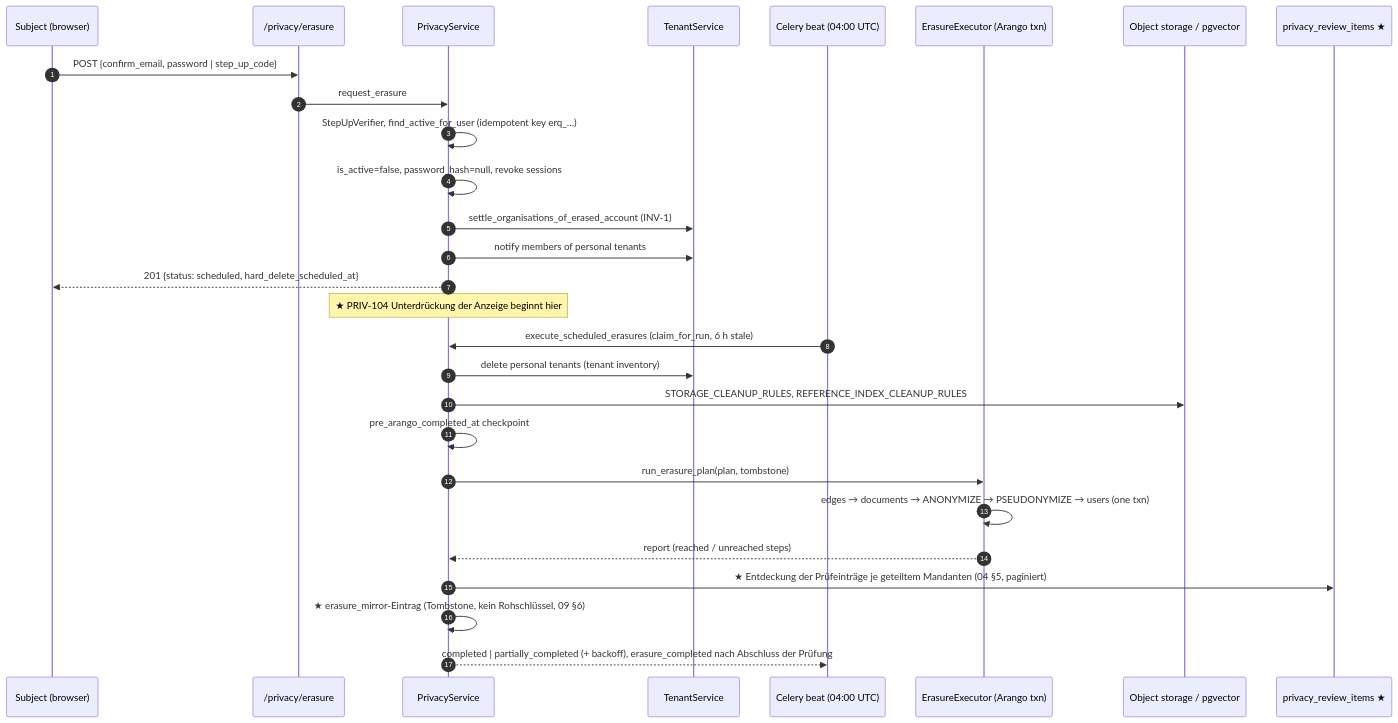
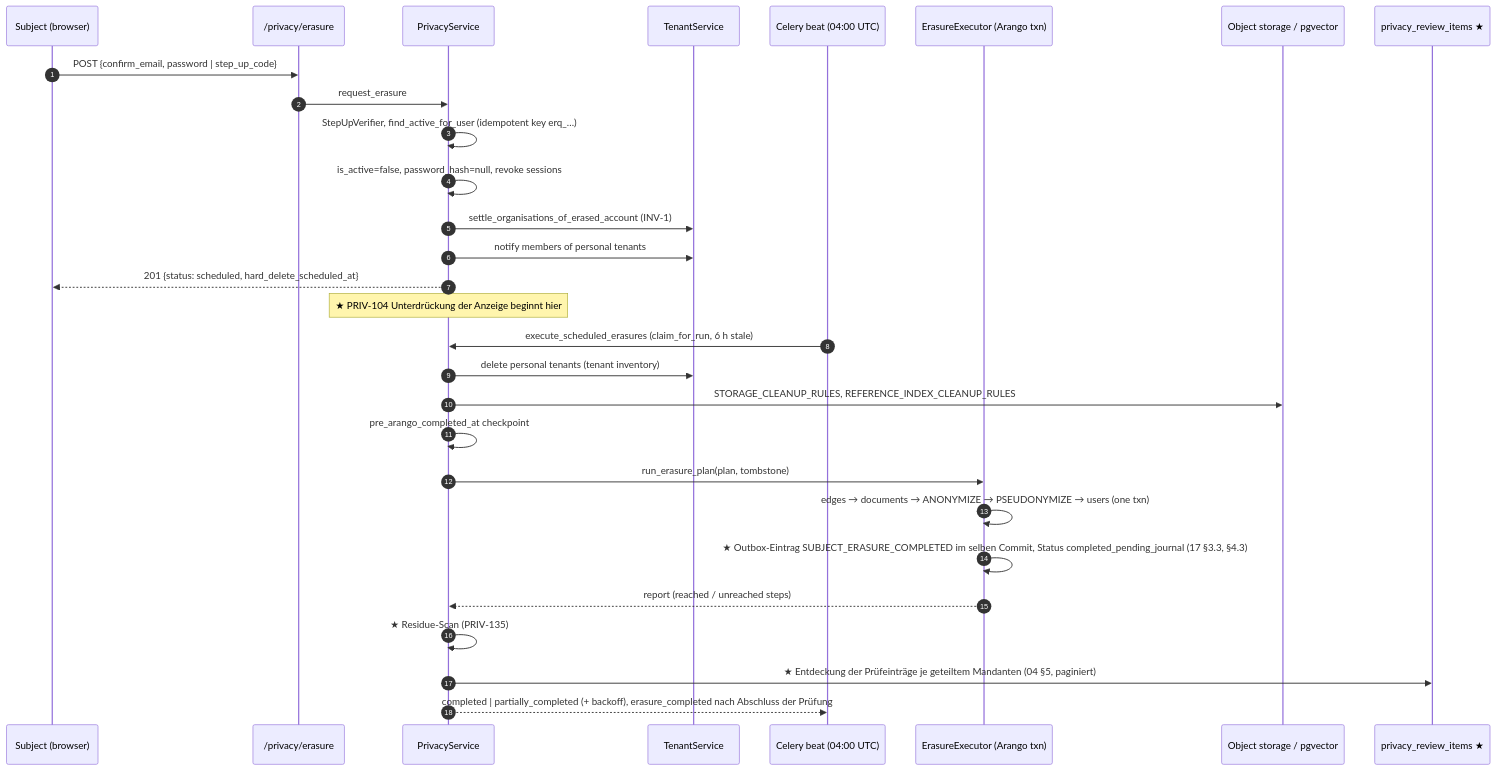
One commit to nolte/kamerplanter changed the second of 4 diagrams in spec/privacy/01-privacy-architecture.md. Above: the diagram before and after it, drawn with Mermaid. The commit also changed other lines of this file and 17 other files, not shown here.

````diff
--- a/spec/privacy/01-privacy-architecture.md
+++ b/spec/privacy/01-privacy-architecture.md
@@ -346,31 +811,32 @@
 ```mermaid
 sequenceDiagram
     autonumber
     participant U as Subject (browser)
     participant API as /privacy/erasure
     participant PS as PrivacyService
     participant TS as TenantService
     participant Q as Celery beat (04:00 UTC)
     participant EX as ErasureExecutor (Arango txn)
     participant ST as Object storage / pgvector
     participant RQ as privacy_review_items ★
 
     U->>API: POST {confirm_email, password | step_up_code}
     API->>PS: request_erasure
     PS->>PS: StepUpVerifier, find_active_for_user (idempotent key erq_…)
     PS->>PS: is_active=false, password_hash=null, revoke sessions
     PS->>TS: settle_organisations_of_erased_account (INV-1)
     PS->>TS: notify members of personal tenants
     PS-->>U: 201 {status: scheduled, hard_delete_scheduled_at}
     Note over PS: ★ PRIV-104 Unterdrückung der Anzeige beginnt hier
     Q->>PS: execute_scheduled_erasures (claim_for_run, 6 h stale)
     PS->>TS: delete personal tenants (tenant inventory)
     PS->>ST: STORAGE_CLEANUP_RULES, REFERENCE_INDEX_CLEANUP_RULES
     PS->>PS: pre_arango_completed_at checkpoint
     PS->>EX: run_erasure_plan(plan, tombstone)
     EX->>EX: edges → documents → ANONYMIZE → PSEUDONYMIZE → users (one txn)
+    EX->>EX: ★ Outbox-Eintrag SUBJECT_ERASURE_COMPLETED im selben Commit, Status completed_pending_journal (17 §3.3, §4.3)
     EX-->>PS: report (reached / unreached steps)
+    PS->>PS: ★ Residue-Scan (PRIV-135)
     PS->>RQ: ★ Entdeckung der Prüfeinträge je geteiltem Mandanten (04 §5, paginiert)
-    PS->>PS: ★ erasure_mirror-Eintrag (Tombstone, kein Rohschlüssel, 09 §6)
     PS-->>Q: completed | partially_completed (+ backoff), erasure_completed nach Abschluss der Prüfung
 ```
````
